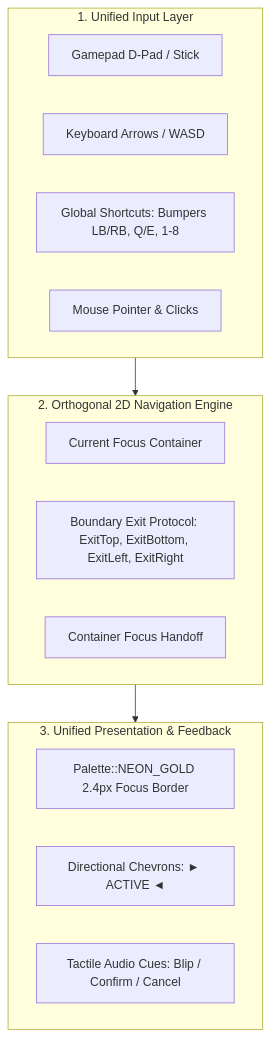
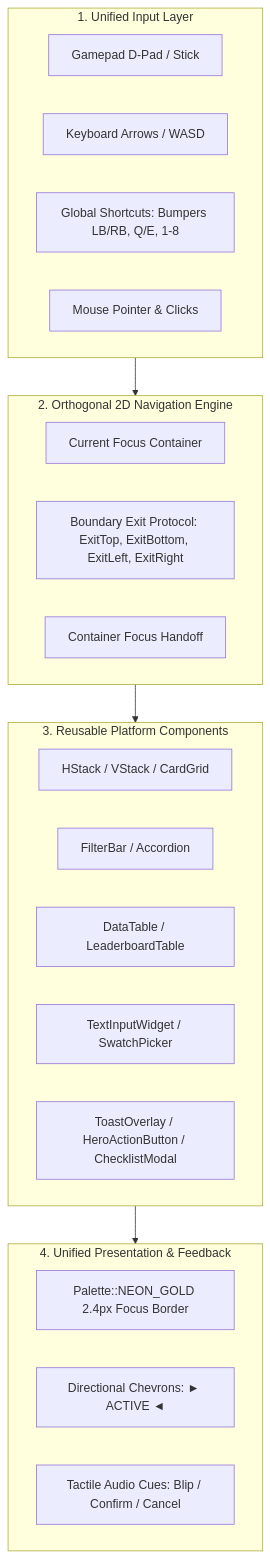
The first of 2 diagrams in specs/068_unified_ui_and_ux_consistency_across_tdrace_and_shared_platform_crate.md (magomar/tdrace), drawn with Mermaid before and after one commit. The commit also changed other lines of this file and 4 other files, not shown here.

Commit message:
docs(spec): update spec 068 with 10 platform UI components and claim epic (tdrace-hqy2)

````diff
--- a/specs/068_unified_ui_and_ux_consistency_across_tdrace_and_shared_platform_crate.md
+++ b/specs/068_unified_ui_and_ux_consistency_across_tdrace_and_shared_platform_crate.md
@@ -31,24 +33,33 @@
 ```mermaid
 flowchart TD
     subgraph InputLayer ["1. Unified Input Layer"]
         GP[Gamepad D-Pad / Stick]
         KB[Keyboard Arrows / WASD]
         SC[Global Shortcuts: Bumpers LB/RB, Q/E, 1-8]
         MS[Mouse Pointer & Clicks]
     end
 
     subgraph NavEngine ["2. Orthogonal 2D Navigation Engine"]
         Focus[Current Focus Container]
         Exit[Boundary Exit Protocol: ExitTop, ExitBottom, ExitLeft, ExitRight]
         Handoff[Container Focus Handoff]
     end
 
-    subgraph Presentation ["3. Unified Presentation & Feedback"]
+    subgraph ComponentSuite ["3. Reusable Platform Components"]
+        Layout[HStack / VStack / CardGrid]
+        Nav[FilterBar / Accordion]
+        Data[DataTable / LeaderboardTable]
+        Input[TextInputWidget / SwatchPicker]
+        Feedback[ToastOverlay / HeroActionButton / ChecklistModal]
+    end
+
+    subgraph Presentation ["4. Unified Presentation & Feedback"]
         Gold[Palette::NEON_GOLD 2.4px Focus Border]
         Chevrons[Directional Chevrons: ► ACTIVE ◄]
         Audio[Tactile Audio Cues: Blip / Confirm / Cancel]
     end
 
     InputLayer --> NavEngine
-    NavEngine --> Presentation
+    NavEngine --> ComponentSuite
+    ComponentSuite --> Presentation
 ```
````
